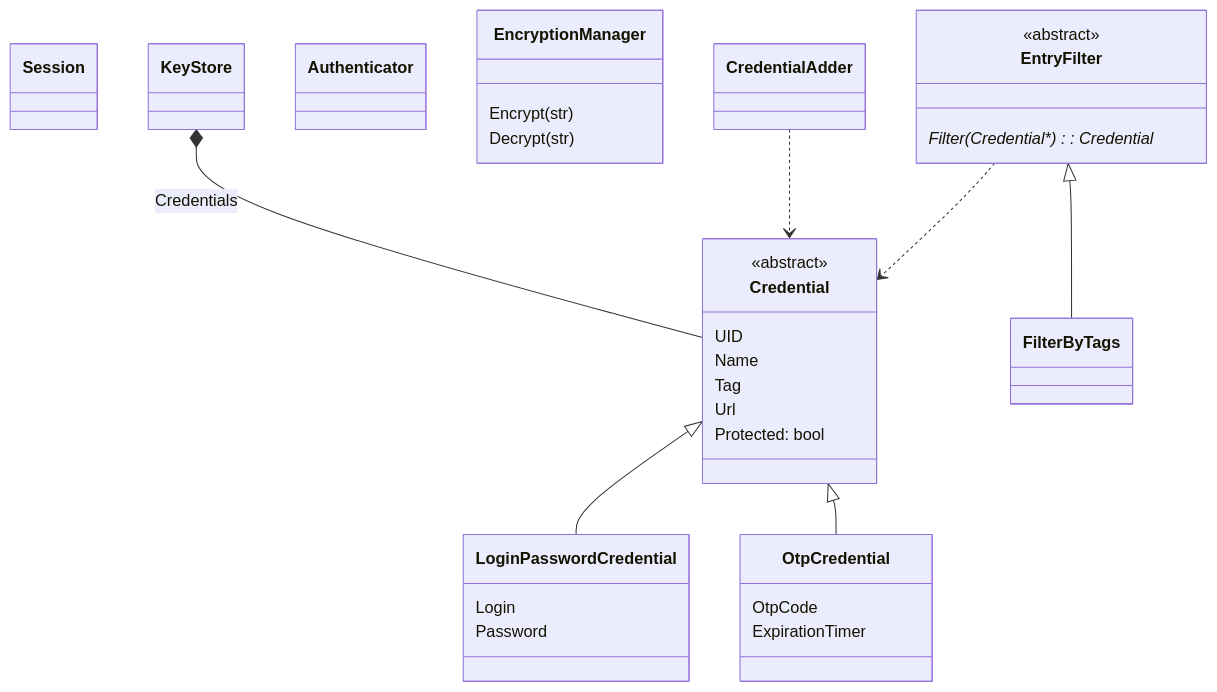
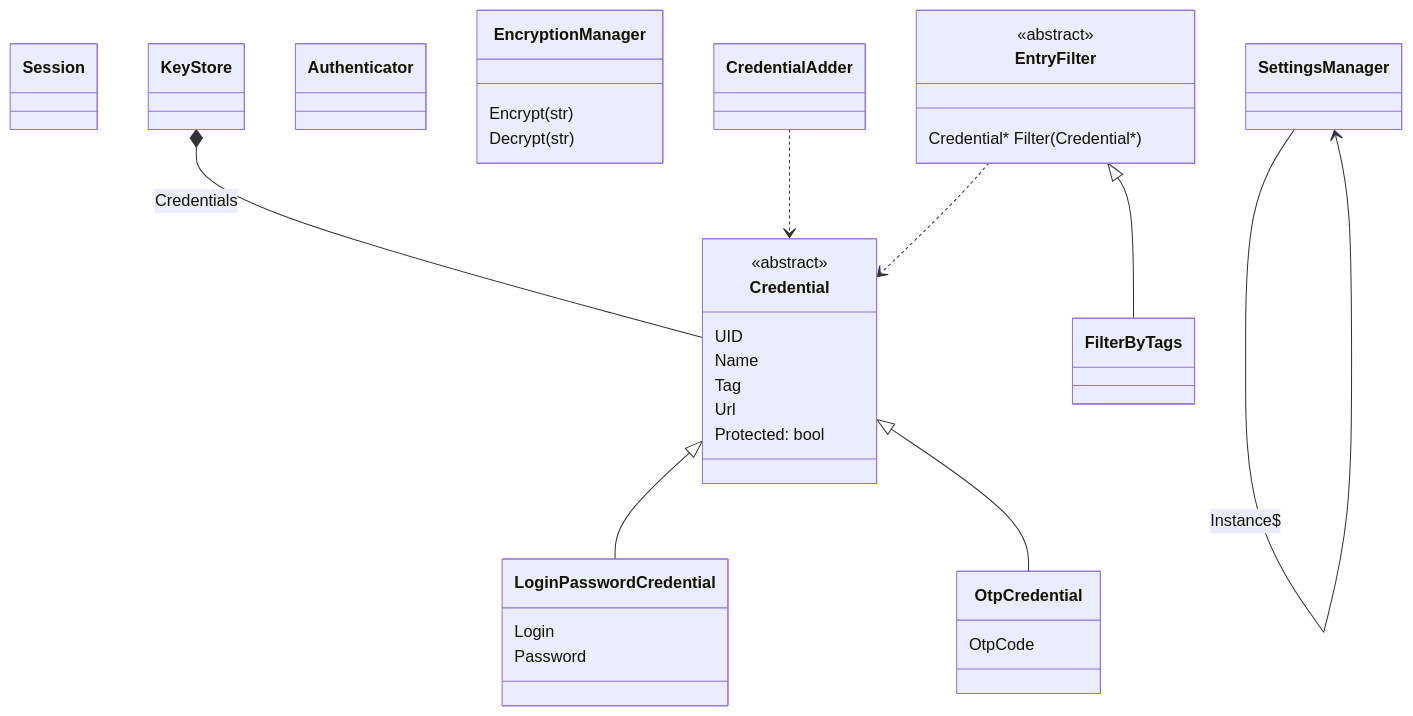
The diagram in Documentation/conception/Initial design/Simple class diagram/SimpleClassDiagram.mermaid.md (EllLG1211/Rossignol), drawn with Mermaid before and after one commit.

Commit message:
small tweaks to the diagram

````diff
--- a/Documentation/conception/Initial design/Simple class diagram/SimpleClassDiagram.mermaid.md
+++ b/Documentation/conception/Initial design/Simple class diagram/SimpleClassDiagram.mermaid.md
@@ -4,41 +4,43 @@
 ```mermaid
 classDiagram
 class Session
 class KeyStore
 class Credential{
     <<abstract>>
     UID
     Name
     Tag
     Url
     Protected: bool
 }
 class LoginPasswordCredential{
     Login
     Password
 }
 class OtpCredential{
     OtpCode
-    ExpirationTimer
 }
 
 class Authenticator
 class EncryptionManager{
     Encrypt(str)
     Decrypt(str)
 }
 class CredentialAdder
 
 class EntryFilter{
     <<abstract>>
-    Filter(Credential*): Credential*
+    Credential* Filter(Credential*)
 }
 class FilterByTags
 EntryFilter <|-- FilterByTags
+
+class SettingsManager
+SettingsManager --> SettingsManager : Instance$
 
 Credential <|-- LoginPasswordCredential
 Credential <|-- OtpCredential
 KeyStore *-- Credential : Credentials
 CredentialAdder ..> Credential
 EntryFilter..> Credential
 ```
````
